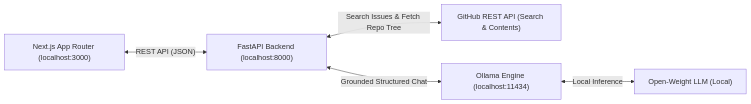
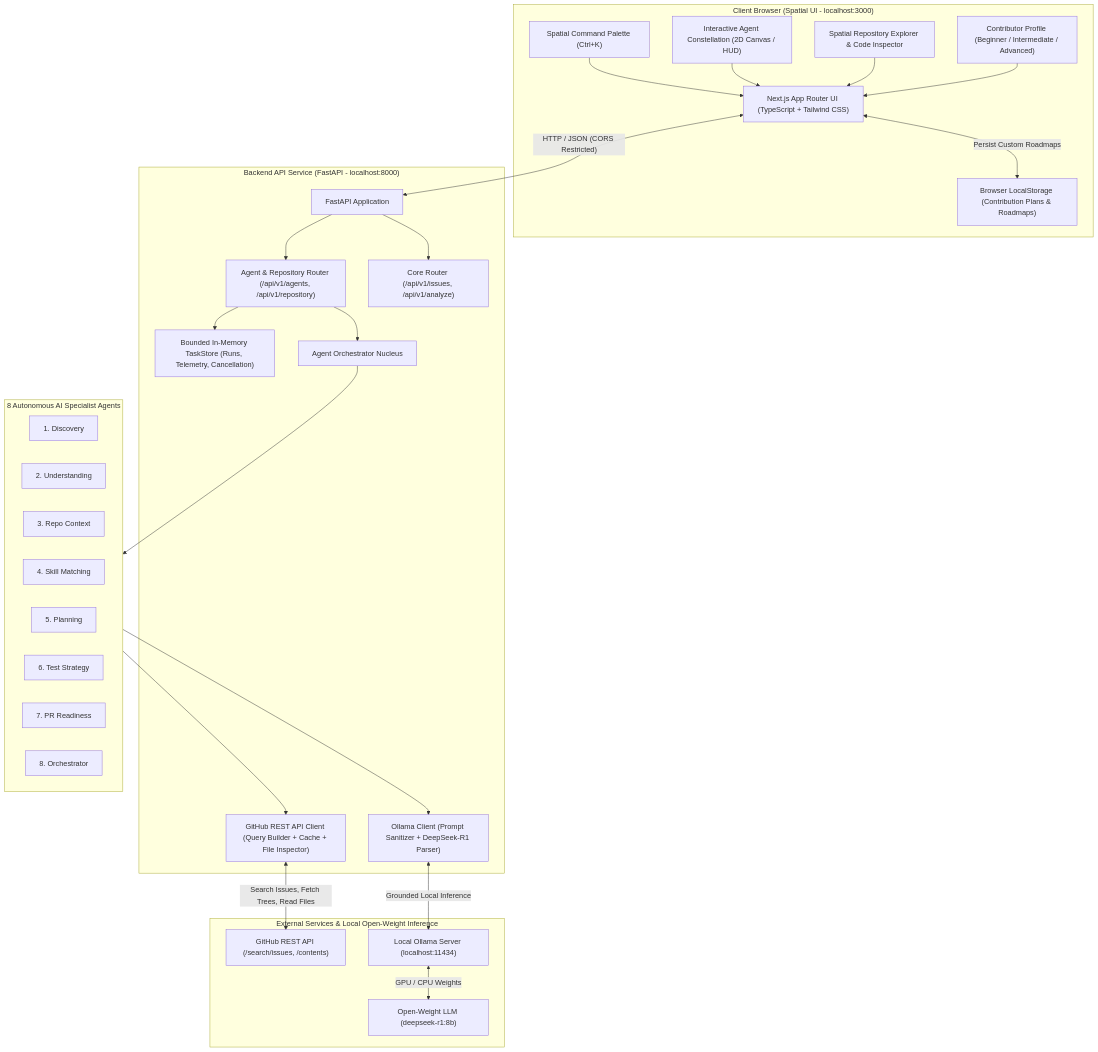
One commit to swapnil1222589/OpenSourceNavigatorAI changed the diagram in README.md. Above: the diagram before and after it, drawn with Mermaid. The commit also changed other lines of this file and 31 other files, not shown here.

Commit message:
feat: spatial UI workspace, 8-agent constellation, and repo explorer

````diff
--- a/README.md
+++ b/README.md
@@ -28,13 +47,55 @@
 ```mermaid
-flowchart LR
-    Client["Next.js App Router (localhost:3000)"]
-    Backend["FastAPI Backend (localhost:8000)"]
-    GitHub["GitHub REST API (Search & Contents)"]
-    Ollama["Ollama Engine (localhost:11434)"]
-    Weights["Open-Weight LLM (Local)"]
+flowchart TD
+    subgraph Client ["Client Browser (Spatial UI - localhost:3000)"]
+        UI["Next.js App Router UI (TypeScript + Tailwind CSS)"]
+        Constellation["Interactive Agent Constellation (2D Canvas / HUD)"]
+        RepoExplorer["Spatial Repository Explorer & Code Inspector"]
+        Palette["Spatial Command Palette (Ctrl+K)"]
+        LocalStorage["Browser LocalStorage (Contribution Plans & Roadmaps)"]
+        SkillProfile["Contributor Profile (Beginner / Intermediate / Advanced)"]
+    end
 
-    Client <-->|"REST API (JSON)"| Backend
-    Backend <-->|"Search Issues & Fetch Repo Tree"| GitHub
-    Backend <-->|"Grounded Structured Chat"| Ollama
-    Ollama <-->|"Local Inference"| Weights
+    subgraph Backend ["Backend API Service (FastAPI - localhost:8000)"]
+        FastAPI["FastAPI Application"]
+        AgentRouter["Agent & Repository Router (/api/v1/agents, /api/v1/repository)"]
+        CoreRouter["Core Router (/api/v1/issues, /api/v1/analyze)"]
+        TaskStore["Bounded In-Memory TaskStore (Runs, Telemetry, Cancellation)"]
+        Orchestrator["Agent Orchestrator Nucleus"]
+        GHClient["GitHub REST API Client (Query Builder + Cache + File Inspector)"]
+        OllamaClient["Ollama Client (Prompt Sanitizer + DeepSeek-R1 Parser)"]
+    end
+
+    subgraph Agents ["8 Autonomous AI Specialist Agents"]
+        A1["1. Discovery"]
+        A2["2. Understanding"]
+        A3["3. Repo Context"]
+        A4["4. Skill Matching"]
+        A5["5. Planning"]
+        A6["6. Test Strategy"]
+        A7["7. PR Readiness"]
+        A8["8. Orchestrator"]
+    end
+
+    subgraph External ["External Services & Local Open-Weight Inference"]
+        GitHubAPI["GitHub REST API (/search/issues, /contents)"]
+        Ollama["Local Ollama Server (localhost:11434)"]
+        Model["Open-Weight LLM (deepseek-r1:8b)"]
+    end
+
+    UI <-->|"HTTP / JSON (CORS Restricted)"| FastAPI
+    Palette --> UI
+    Constellation --> UI
+    RepoExplorer --> UI
+    UI <-->|"Persist Custom Roadmaps"| LocalStorage
+    SkillProfile --> UI
+    FastAPI --> AgentRouter
+    FastAPI --> CoreRouter
+    AgentRouter --> Orchestrator
+    AgentRouter --> TaskStore
+    Orchestrator --> Agents
+    Agents --> GHClient
+    Agents --> OllamaClient
+    GHClient <-->|"Search Issues, Fetch Trees, Read Files"| GitHubAPI
+    OllamaClient <-->|"Grounded Local Inference"| Ollama
+    Ollama <-->|"GPU / CPU Weights"| Model
 ```
````
